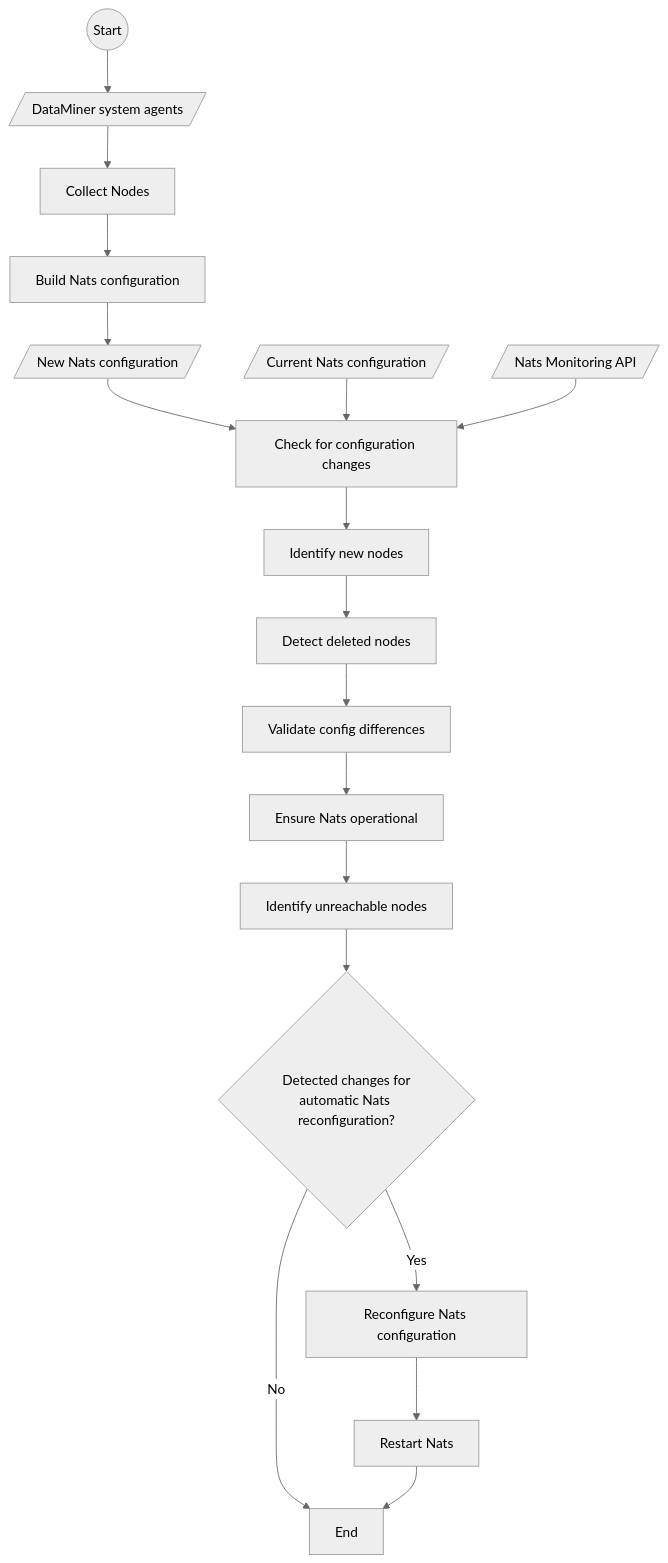
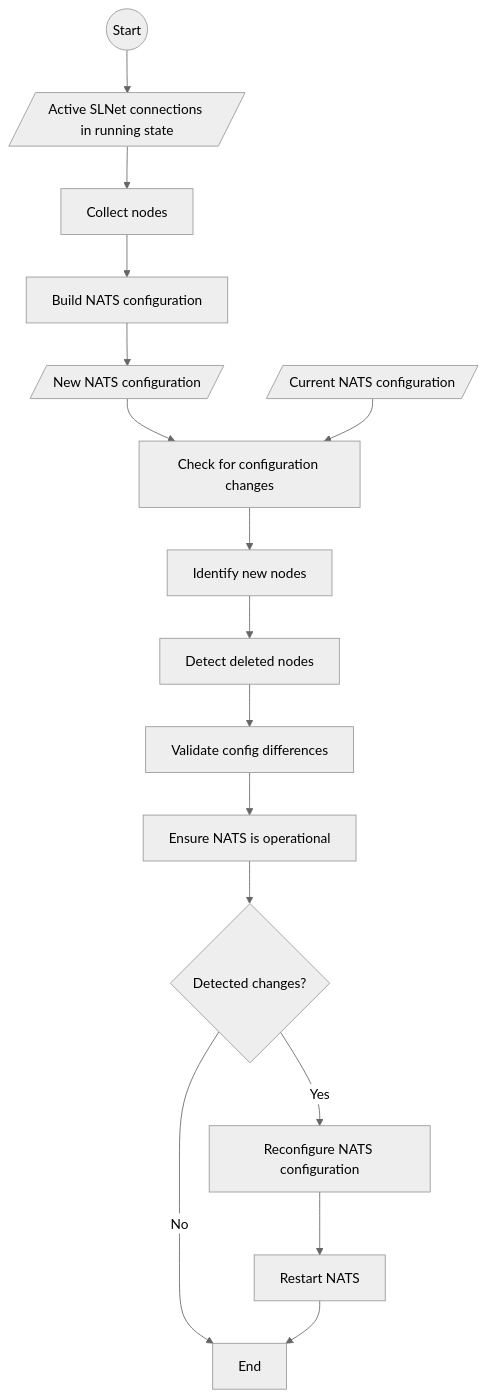
The second of 2 diagrams in user-guide/Reference/Technical_information/NatsCustodian.md (SkylineCommunications/dataminer-docs), drawn with Mermaid (neutral theme) before and after one commit. The commit also changed other lines of this file, not shown here.

Commit message:
Initial review (flowcharts not included)

````diff
--- a/user-guide/Reference/Technical_information/NatsCustodian.md
+++ b/user-guide/Reference/Technical_information/NatsCustodian.md
@@ -42,21 +46,18 @@
 ```mermaid
 flowchart TD
-Start((Start)) --> S1
-S1[/DataMiner system agents/] --> S2
-S2[Collect Nodes] --> S3
-S3[Build Nats configuration] --> S4
-S4[/New Nats configuration/] --> S5
-S4A[/Current Nats configuration/] --> S5
-S4B[/Nats Monitoring API/] --> S5
-S5[Check for configuration changes] --> S6
-S6[Identify new nodes] --> S7
-S7[Detect deleted nodes] --> S8
-S8[Validate config differences] --> S9
-S9[Ensure Nats operational] --> S10
-S10[Identify unreachable nodes] --> Q1
-Q1{Detected changes for
-automatic Nats reconfiguration?} -->|Yes| A1
-Q1 -->|No| End
-A1[Reconfigure Nats configuration] --> A1S2
-A1S2[Restart Nats] --> End
+    Start((Start)) --> S1
+    S1[/Active SLNet connections in running state/] --> S2
+    S2[Collect nodes] --> S3
+    S3[Build NATS configuration] --> S4A
+    S4A[/New NATS configuration/] --> S5
+    S4B[/Current NATS configuration/] --> S5
+    S5[Check for configuration changes] --> S6
+    S6[Identify new nodes] --> S7
+    S7[Detect deleted nodes] --> S8
+    S8[Validate config differences] --> S9
+    S9[Ensure NATS is operational] --> Q1
+    Q1{Detected changes?} -->|Yes|A1A
+    Q1 -->|No|End
+    A1A[Reconfigure NATS configuration] --> S10
+    S10[Restart NATS] --> End
 ```
````
